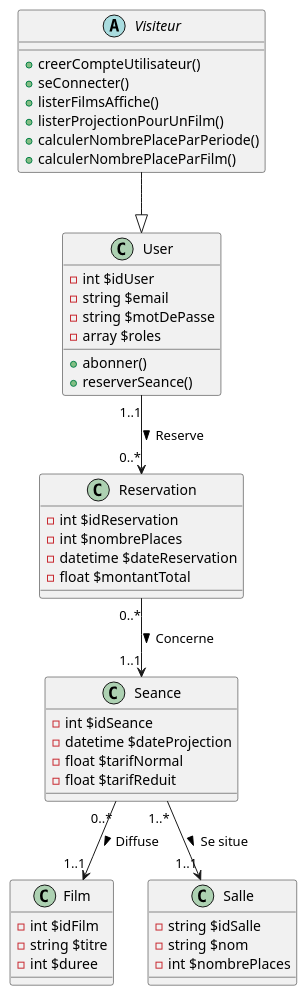
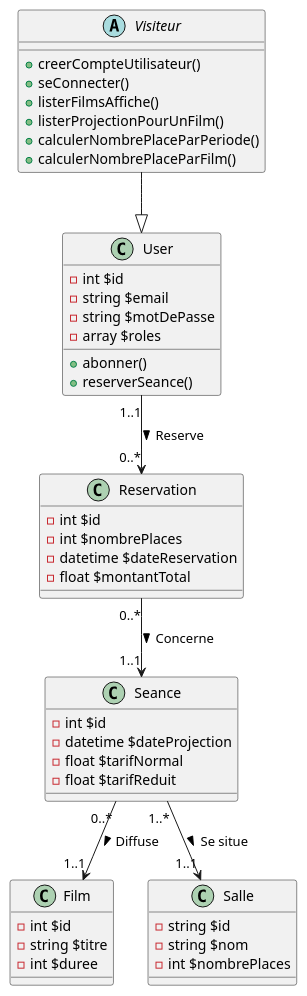
Before and after one commit to SNEAXIII/scrum_cinema: the diagram in api/api_cinema/docs/database.puml, drawn with PlantUML.

```diff
--- a/api/api_cinema/docs/database.puml
+++ b/api/api_cinema/docs/database.puml
@@ -1,52 +1,52 @@
 @startuml
 
 abstract Visiteur{
     +creerCompteUtilisateur()
     +seConnecter()
     +listerFilmsAffiche()
     +listerProjectionPourUnFilm()
     +calculerNombrePlaceParPeriode()
     +calculerNombrePlaceParFilm()
 }
 
 class User {
-    -int $idUser
+    -int $id
     -string $email
     -string $motDePasse
     -array $roles
     +abonner()
     +reserverSeance()
 }
 
 class Film {
-    -int $idFilm
+    -int $id
     -string $titre
     -int $duree
 }
 
 class Reservation{
-    -int $idReservation
+    -int $id
     -int $nombrePlaces
     -datetime $dateReservation
     -float $montantTotal
 }
 
 class Seance {
-    -int $idSeance
+    -int $id
     -datetime $dateProjection
     -float $tarifNormal
     -float $tarifReduit
 }
 
 class Salle {
-    -string $idSalle
+    -string $id
     -string $nom
     -int $nombrePlaces
 }
 
 Visiteur --|> User
 User "1..1" --> "0..*" Reservation : > Reserve
 Reservation "0..*" --> "1..1" Seance : > Concerne
 Seance "0..*" --> "1..1" Film : > Diffuse
 Seance "1..*" --> "1..1" Salle : > Se situe
 @enduml
```
